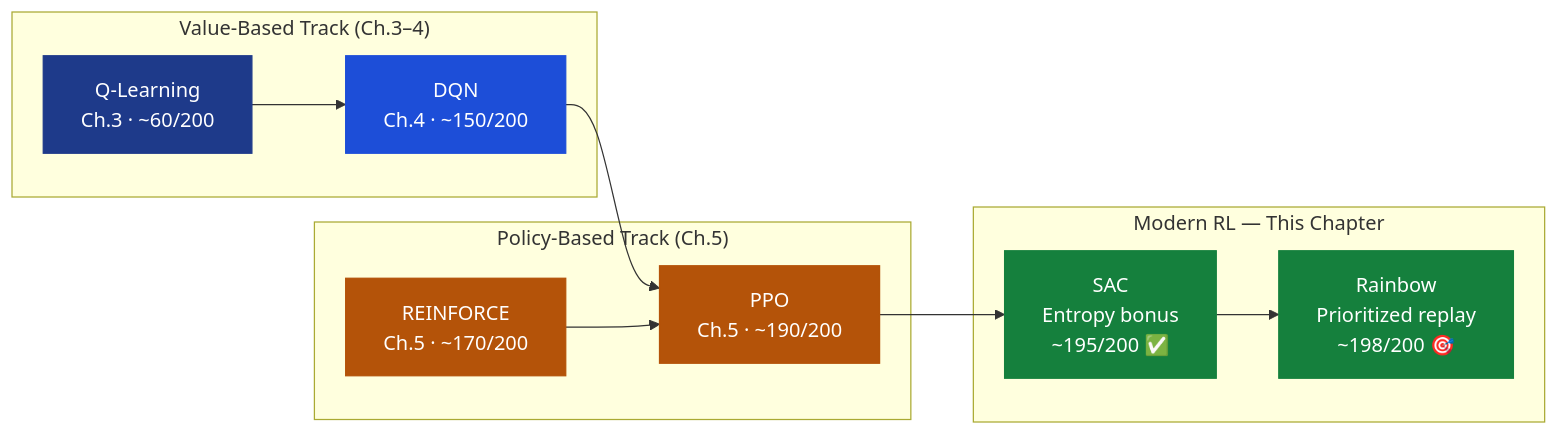
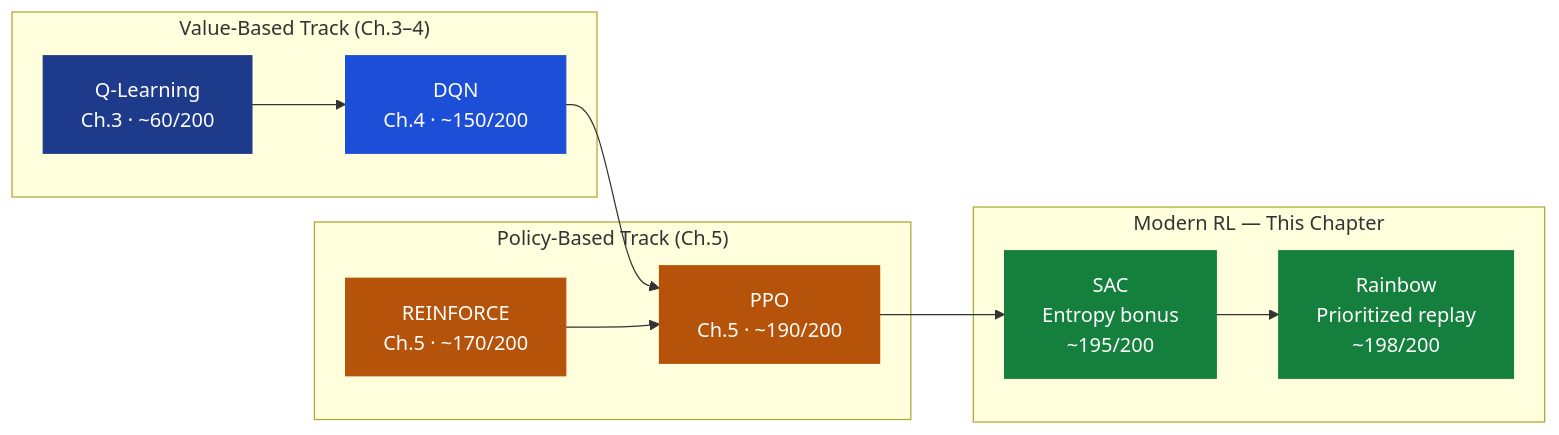
One commit to dsgouda7/ai-portfolio changed the second of 2 diagrams in notes/01-ml/06-reinforcement-learning/ch06_modern_rl/README.md. Above: the diagram before and after it, drawn with Mermaid. The commit also changed other lines of this file and 179 other files, not shown here.

````diff
--- a/notes/01-ml/06-reinforcement-learning/ch06_modern_rl/README.md
+++ b/notes/01-ml/06-reinforcement-learning/ch06_modern_rl/README.md
@@ -606,25 +606,25 @@
 ```mermaid
 flowchart LR
-    subgraph "Value-Based Track (Ch.3–4)"
-        A["Q-Learning\nCh.3 · ~60/200"]
-        B["DQN\nCh.4 · ~150/200"]
-    end
-    subgraph "Policy-Based Track (Ch.5)"
-        C["REINFORCE\nCh.5 · ~170/200"]
-        D["PPO\nCh.5 · ~190/200"]
-    end
-    subgraph "Modern RL — This Chapter"
-        E["SAC\nEntropy bonus\n~195/200 ✅"]
-        F["Rainbow\nPrioritized replay\n~198/200 🎯"]
-    end
+ subgraph "Value-Based Track (Ch.3–4)"
+ A["Q-Learning\nCh.3 · ~60/200"]
+ B["DQN\nCh.4 · ~150/200"]
+ end
+ subgraph "Policy-Based Track (Ch.5)"
+ C["REINFORCE\nCh.5 · ~170/200"]
+ D["PPO\nCh.5 · ~190/200"]
+ end
+ subgraph "Modern RL — This Chapter"
+ E["SAC\nEntropy bonus\n~195/200 "]
+ F["Rainbow\nPrioritized replay\n~198/200 "]
+ end
 
-    A --> B --> D
-    C --> D --> E --> F
+ A --> B --> D
+ C --> D --> E --> F
 
-    style A fill:#1e3a8a,color:#fff,stroke:#1e3a8a
-    style B fill:#1d4ed8,color:#fff,stroke:#1d4ed8
-    style C fill:#b45309,color:#fff,stroke:#b45309
-    style D fill:#b45309,color:#fff,stroke:#b45309
-    style E fill:#15803d,color:#fff,stroke:#15803d
-    style F fill:#15803d,color:#fff,stroke:#15803d
+ style A fill:#1e3a8a,color:#fff,stroke:#1e3a8a
+ style B fill:#1d4ed8,color:#fff,stroke:#1d4ed8
+ style C fill:#b45309,color:#fff,stroke:#b45309
+ style D fill:#b45309,color:#fff,stroke:#b45309
+ style E fill:#15803d,color:#fff,stroke:#15803d
+ style F fill:#15803d,color:#fff,stroke:#15803d
 ```
````
